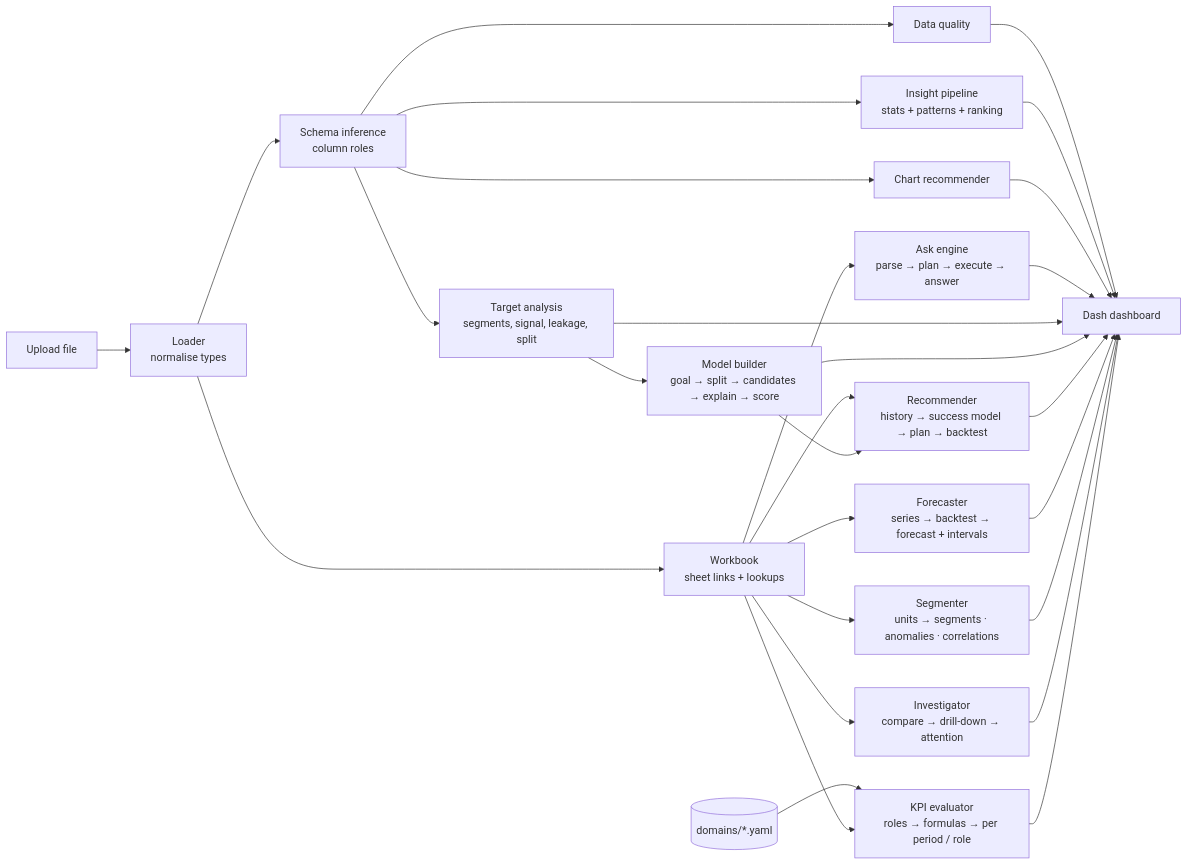
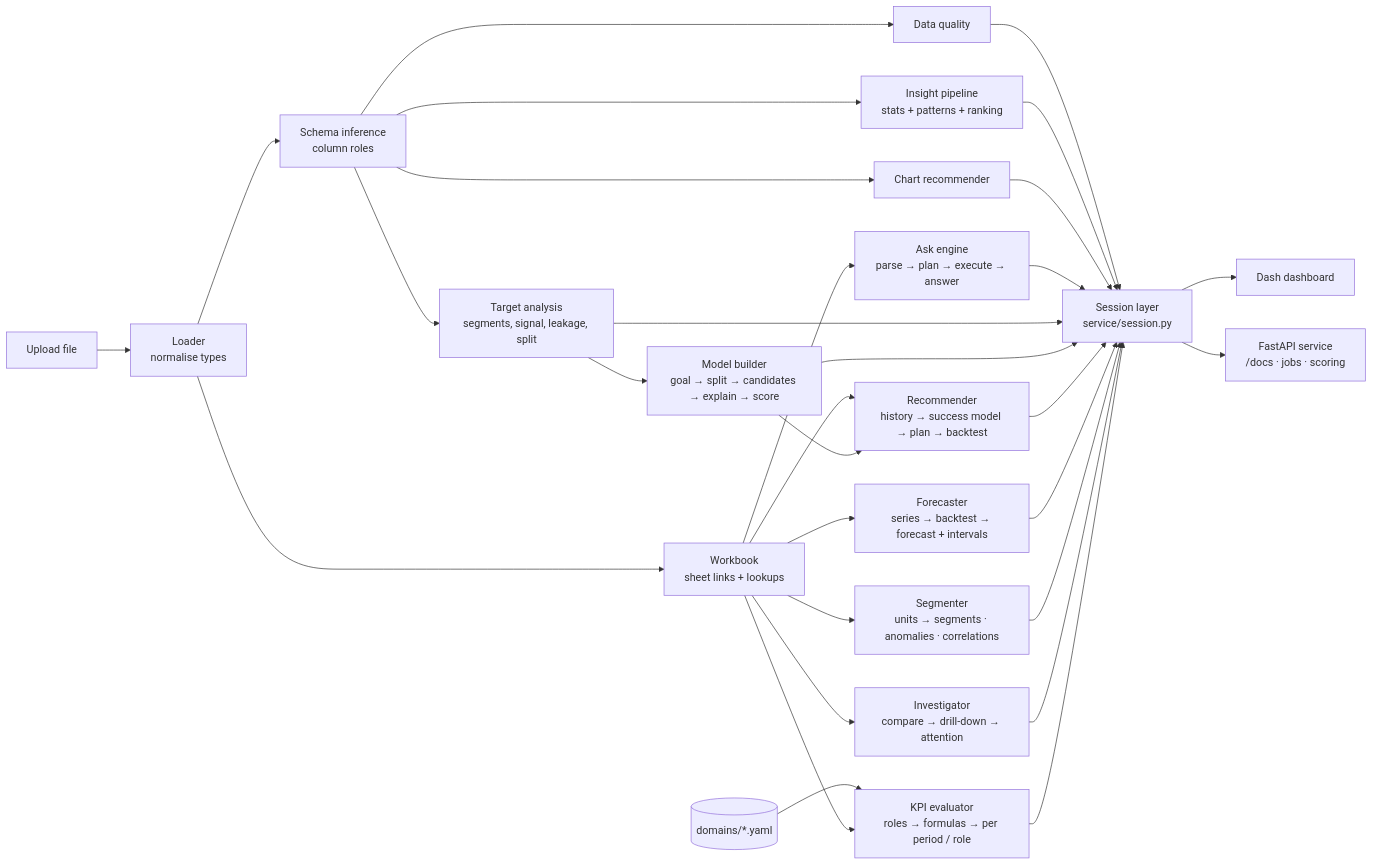
One commit to kulkarniDurvesh/ai-data-scientist-platform changed the diagram in README.md. Above: the diagram before and after it, drawn with Mermaid. The commit also changed other lines of this file and 31 other files, not shown here.

First line of the commit message:
Phase 5: HTTP API (FastAPI) and Docker

````diff
--- a/README.md
+++ b/README.md
@@ -231,20 +246,22 @@
 ```mermaid
 flowchart LR
     A[Upload file] --> B[Loader<br/>normalise types]
     B --> C[Schema inference<br/>column roles]
     C --> D[Data quality]
     C --> E[Insight pipeline<br/>stats + patterns + ranking]
     C --> F[Chart recommender]
     B --> W[Workbook<br/>sheet links + lookups]
     W --> Q[Ask engine<br/>parse → plan → execute → answer]
     C --> T[Target analysis<br/>segments, signal, leakage, split]
     T --> M[Model builder<br/>goal → split → candidates → explain → score]
     W --> R[Recommender<br/>history → success model → plan → backtest]
     M --> R
     W --> FC[Forecaster<br/>series → backtest → forecast + intervals]
     W --> SG[Segmenter<br/>units → segments · anomalies · correlations]
     W --> WY[Investigator<br/>compare → drill-down → attention]
     DF[(domains/*.yaml)] --> KP[KPI evaluator<br/>roles → formulas → per period / role]
     W --> KP
-    D & E & F & Q & T & M & R & FC & SG & WY & KP --> UI[Dash dashboard]
+    D & E & F & Q & T & M & R & FC & SG & WY & KP --> S[Session layer<br/>service/session.py]
+    S --> UI[Dash dashboard]
+    S --> API[FastAPI service<br/>/docs · jobs · scoring]
 ```
````
